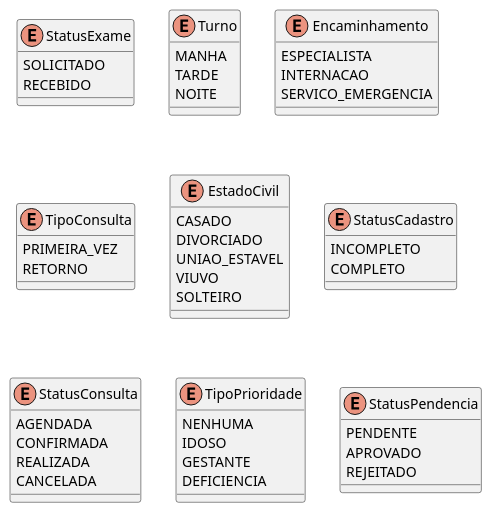
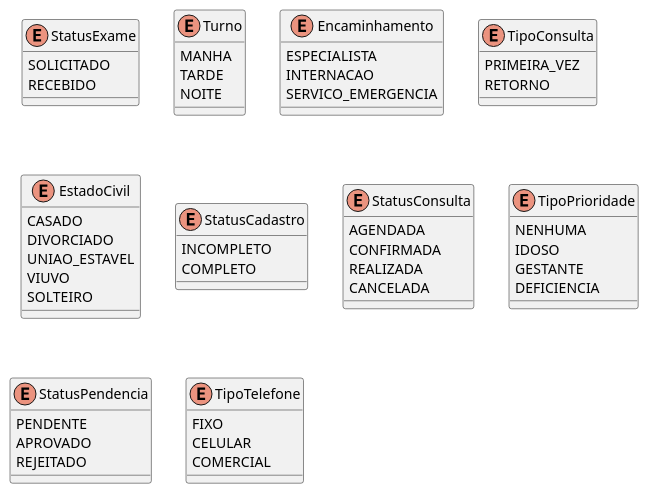
The diagram in docs/uml/dominio/enums/enumsDominio.puml (andreleonam/promed), drawn with PlantUML before and after one commit. The commit also changed 16 other files, not shown here.

```diff
--- a/docs/uml/dominio/enums/enumsDominio.puml
+++ b/docs/uml/dominio/enums/enumsDominio.puml
@@ -1,58 +1,64 @@
 @startuml
 
 enum StatusExame {
   SOLICITADO
   RECEBIDO
 }
 
 enum Turno {
   MANHA
   TARDE
   NOITE
 }
 
 enum Encaminhamento {
   ESPECIALISTA
   INTERNACAO
   SERVICO_EMERGENCIA
 }
 
 enum TipoConsulta {
   PRIMEIRA_VEZ
   RETORNO
 }
 
 enum EstadoCivil {
   CASADO
   DIVORCIADO
   UNIAO_ESTAVEL
   VIUVO
   SOLTEIRO
 }
 
 enum StatusCadastro {
   INCOMPLETO
   COMPLETO
 }
 
 enum StatusConsulta {
   AGENDADA
   CONFIRMADA
   REALIZADA
   CANCELADA
 }
 
 enum TipoPrioridade {
   NENHUMA
   IDOSO
   GESTANTE
   DEFICIENCIA
 }
 
 enum StatusPendencia {
   PENDENTE
   APROVADO
   REJEITADO
 }
 
+enum TipoTelefone {
+  FIXO
+  CELULAR
+  COMERCIAL
+}
+
 @enduml
```
